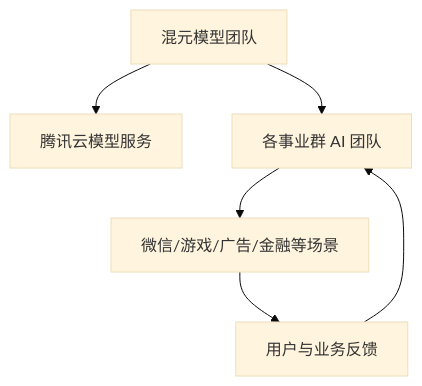
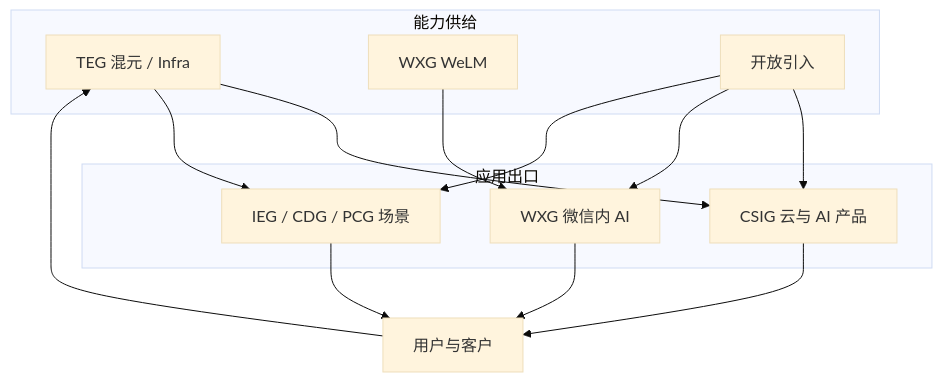
Before and after one commit to AI-PM-Wiki/AIPM: the second of 2 diagrams in docs/job/companies/tencent.md, drawn with Mermaid (base theme). The commit also changed other lines of this file and 15 other files, not shown here.

````diff
--- a/docs/job/companies/tencent.md
+++ b/docs/job/companies/tencent.md
@@ -22,8 +100,23 @@
 ```mermaid
 flowchart TD
-    A[混元模型团队] --> B[腾讯云模型服务]
-    A --> C[各事业群 AI 团队]
-    C --> D[微信/游戏/广告/金融等场景]
-    D --> E[用户与业务反馈]
-    E --> C
+    subgraph Supply[能力供给]
+        TEG2[TEG 混元 / Infra]
+        WXG2[WXG WeLM]
+        Open2[开放引入]
+    end
+    subgraph Outlet[应用出口]
+        CSIG2[CSIG 云与 AI 产品]
+        WXGapp[WXG 微信内 AI]
+        Other2[IEG / CDG / PCG 场景]
+    end
+    TEG2 --> CSIG2
+    TEG2 --> Other2
+    WXG2 --> WXGapp
+    Open2 --> CSIG2
+    Open2 --> WXGapp
+    Open2 --> Other2
+    CSIG2 --> User[用户与客户]
+    WXGapp --> User
+    Other2 --> User
+    User --> TEG2
 ```
````
